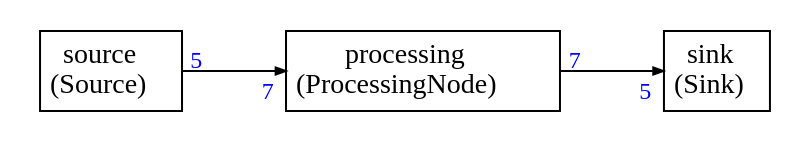
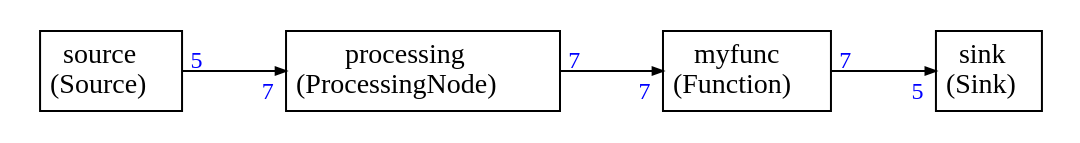
The diagram in Examples/callback/pre_schedule_callback.dot (ARM-software/CMSIS-Stream), drawn with Graphviz before and after one commit. The commit also changed 63 other files, not shown here.

```diff
--- a/Examples/callback/pre_schedule_callback.dot
+++ b/Examples/callback/pre_schedule_callback.dot
@@ -1,49 +1,62 @@
 
 
 
 
 digraph structs {
     bgcolor = "white"
     node [shape=plaintext,color="black",fontcolor="black",fontname="Times-Roman"]
     rankdir=LR
     edge [arrowsize="0.5",color="black",fontcolor="black",fontname="Times-Roman"]
 
 
 
 source [label=<
 <TABLE color="black" bgcolor="none" BORDER="0" CELLBORDER="1" CELLSPACING="0" CELLPADDING="4">
   <TR>
     <TD ALIGN="CENTER" PORT="i"><FONT COLOR="black" POINT-SIZE="14.0">source<BR/>(Source)</FONT></TD>
   </TR>
 </TABLE>>];
 
 processing [label=<
 <TABLE color="black" bgcolor="none" BORDER="0" CELLBORDER="1" CELLSPACING="0" CELLPADDING="4">
   <TR>
     <TD ALIGN="CENTER" PORT="i"><FONT COLOR="black" POINT-SIZE="14.0">processing<BR/>(ProcessingNode)</FONT></TD>
   </TR>
 </TABLE>>];
 
+myfunc1 [label=<
+<TABLE color="black" bgcolor="none" BORDER="0" CELLBORDER="1" CELLSPACING="0" CELLPADDING="4">
+  <TR>
+    <TD ALIGN="CENTER" PORT="i"><FONT COLOR="black" POINT-SIZE="14.0">myfunc<BR/>(Function)</FONT></TD>
+  </TR>
+</TABLE>>];
+
 sink [label=<
 <TABLE color="black" bgcolor="none" BORDER="0" CELLBORDER="1" CELLSPACING="0" CELLPADDING="4">
   <TR>
     <TD ALIGN="CENTER" PORT="i"><FONT COLOR="black" POINT-SIZE="14.0">sink<BR/>(Sink)</FONT></TD>
   </TR>
 </TABLE>>];
 
 
 
 source:i -> processing:i [style="solid",color="black",label=""
 ,headlabel=<<TABLE BORDER="0" CELLPADDING="2"><TR><TD><FONT COLOR="blue" POINT-SIZE="12.0" >7</FONT>
 </TD></TR></TABLE>>
 ,taillabel=<<TABLE BORDER="0" CELLPADDING="2"><TR><TD><FONT COLOR="blue" POINT-SIZE="12.0" >5</FONT>
 </TD></TR></TABLE>>]
 
-processing:i -> sink:i [style="solid",color="black",label=""
+processing:i -> myfunc1:i [style="solid",color="black",label=""
+,headlabel=<<TABLE BORDER="0" CELLPADDING="2"><TR><TD><FONT COLOR="blue" POINT-SIZE="12.0" >7</FONT>
+</TD></TR></TABLE>>
+,taillabel=<<TABLE BORDER="0" CELLPADDING="2"><TR><TD><FONT COLOR="blue" POINT-SIZE="12.0" >7</FONT>
+</TD></TR></TABLE>>]
+
+myfunc1:i -> sink:i [style="solid",color="black",label=""
 ,headlabel=<<TABLE BORDER="0" CELLPADDING="2"><TR><TD><FONT COLOR="blue" POINT-SIZE="12.0" >5</FONT>
 </TD></TR></TABLE>>
 ,taillabel=<<TABLE BORDER="0" CELLPADDING="2"><TR><TD><FONT COLOR="blue" POINT-SIZE="12.0" >7</FONT>
 </TD></TR></TABLE>>]
 
 
 }
```
